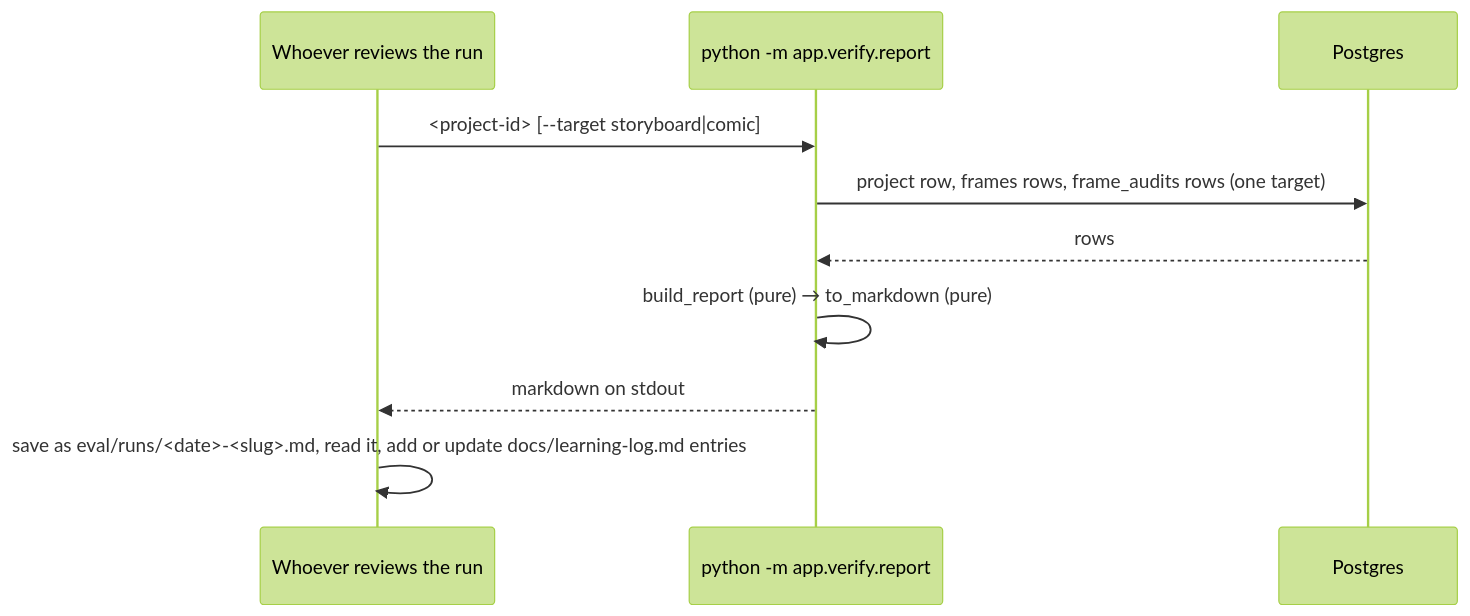
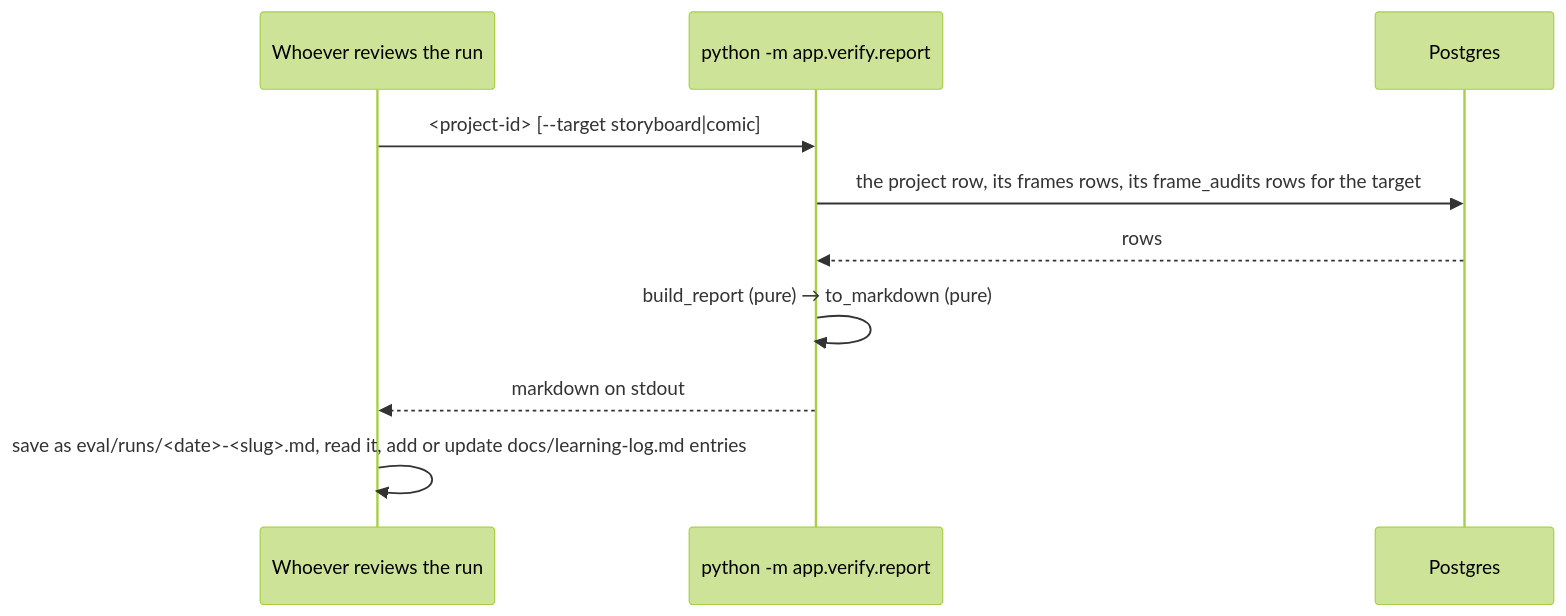
The second of 2 diagrams in docs/design/learning.md (Katlego-tech/Panelwise), drawn with Mermaid (forest theme) before and after one commit. The commit also changed other lines of this file, not shown here.

Commit message:
docs(design): T081 review fixes: data sources, state and counts per target, deterministic cause parsing, times from audits, by id never title

````diff
--- a/docs/design/learning.md
+++ b/docs/design/learning.md
@@ -115,12 +178,12 @@
 ```mermaid
 sequenceDiagram
     participant Dev as Whoever reviews the run
     participant CLI as python -m app.verify.report
     participant DB as Postgres
     Dev->>CLI: <project-id> [--target storyboard|comic]
-    CLI->>DB: project row, frames rows, frame_audits rows (one target)
+    CLI->>DB: the project row, its frames rows, its frame_audits rows for the target
     DB-->>CLI: rows
     CLI->>CLI: build_report (pure) → to_markdown (pure)
     CLI-->>Dev: markdown on stdout
     Dev->>Dev: save as eval/runs/<date>-<slug>.md, read it, add or update docs/learning-log.md entries
 ```
````
